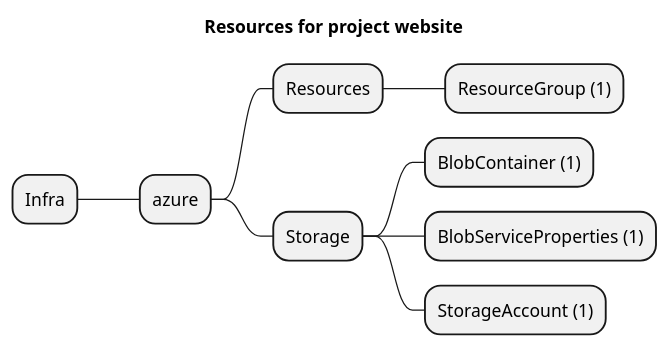
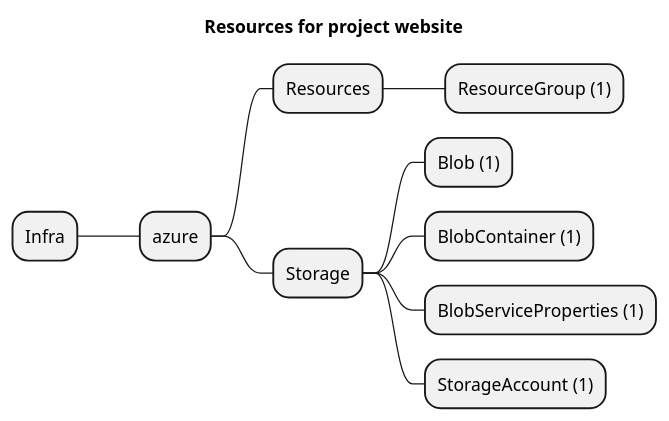
The diagram in examples/azure/Storage/website/artifacts/resources-mindmap.puml (grucloud/grucloud), drawn with PlantUML before and after one commit. The commit also changed 21 other files, not shown here.

```diff
--- a/examples/azure/Storage/website/artifacts/resources-mindmap.puml
+++ b/examples/azure/Storage/website/artifacts/resources-mindmap.puml
@@ -1,12 +1,13 @@
 @startmindmap
 title Resources for project website
 skinparam monochrome true
 + Infra
 ++ azure
 +++ Resources
 ++++ ResourceGroup (1)
 +++ Storage
+++++ Blob (1)
 ++++ BlobContainer (1)
 ++++ BlobServiceProperties (1)
 ++++ StorageAccount (1)
 @endmindmap
```
